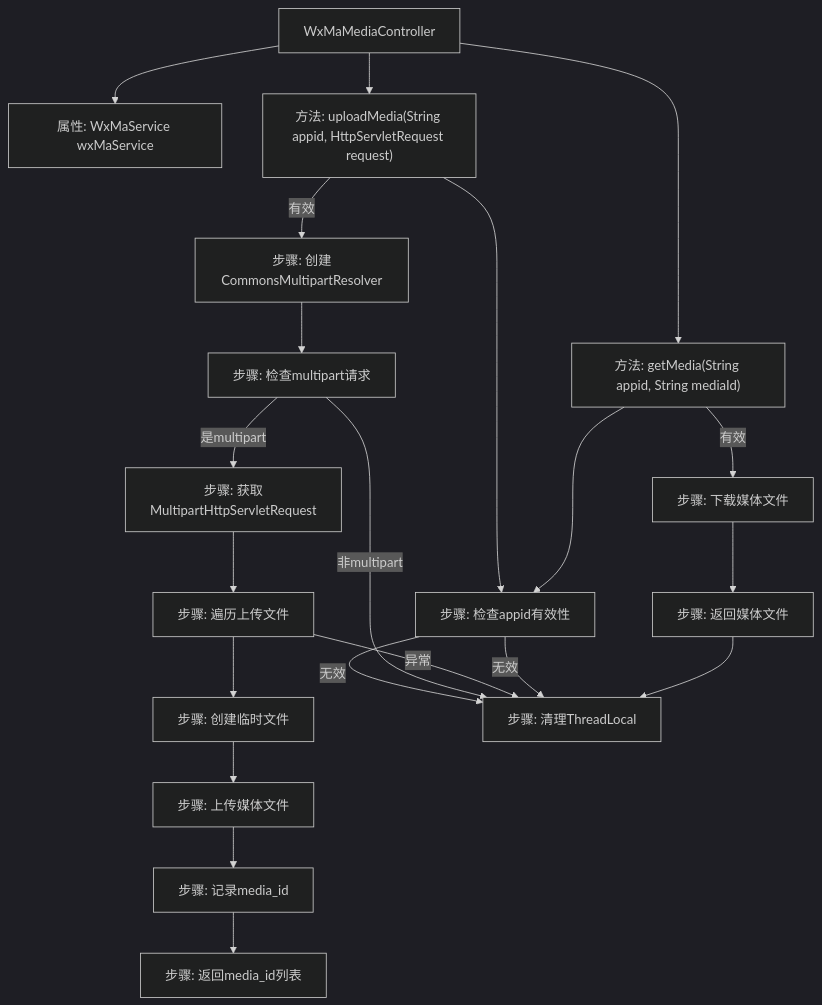
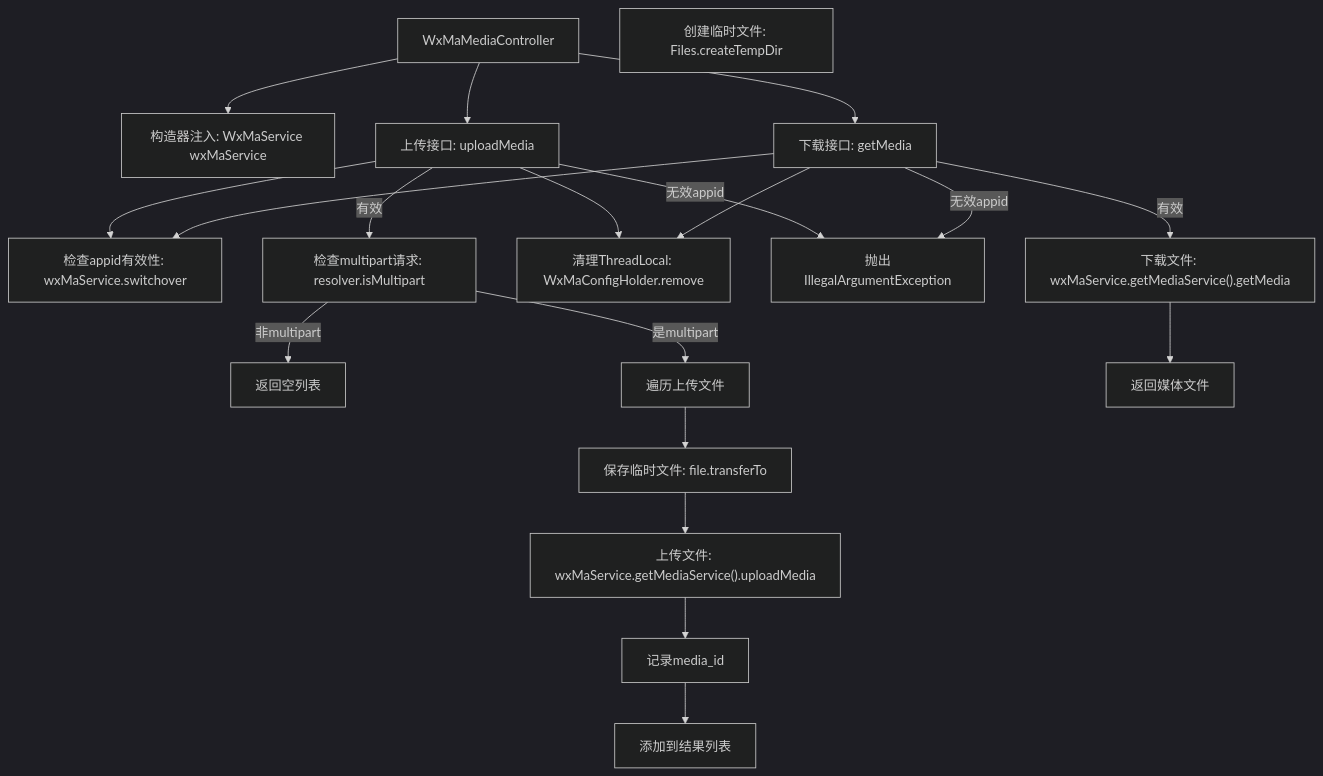
One commit to v-wjrong/rongwj666_weixin-java-miniapp-demo changed the second of 3 diagrams in docs/zh/docs/src/main/java/com/github/binarywang/demo/wx/miniapp/controller/WxMaMediaController.md. Above: the diagram before and after it, drawn with Mermaid (dark theme). The commit also changed other lines of this file and 46 other files, not shown here.

````diff
--- a/docs/zh/docs/src/main/java/com/github/binarywang/demo/wx/miniapp/controller/WxMaMediaController.md
+++ b/docs/zh/docs/src/main/java/com/github/binarywang/demo/wx/miniapp/controller/WxMaMediaController.md
@@ -82,29 +81,30 @@
 ```mermaid
 graph TD
     A["WxMaMediaController"]
-    B["属性: WxMaService wxMaService"]
-    C["方法: uploadMedia(String appid, HttpServletRequest request)"]
-    D["方法: getMedia(String appid, String mediaId)"]
-    E["步骤: 检查appid有效性"]
-    F["步骤: 创建CommonsMultipartResolver"]
-    G["步骤: 检查multipart请求"]
-    H["步骤: 获取MultipartHttpServletRequest"]
-    I["步骤: 遍历上传文件"]
-    J["步骤: 创建临时文件"]
-    K["步骤: 上传媒体文件"]
-    L["步骤: 记录media_id"]
-    M["步骤: 清理ThreadLocal"]
-    N["步骤: 返回media_id列表"]
-    O["步骤: 下载媒体文件"]
-    P["步骤: 返回媒体文件"]
+    B["构造器注入: WxMaService wxMaService"]
+    C["上传接口: uploadMedia"]
+    D["下载接口: getMedia"]
+    E["检查appid有效性: wxMaService.switchover"]
+    F["创建临时文件: Files.createTempDir"]
+    G["上传文件: wxMaService.getMediaService().uploadMedia"]
+    H["下载文件: wxMaService.getMediaService().getMedia"]
+    I["清理ThreadLocal: WxMaConfigHolder.remove"]
 
     A --> B
     A --> C
     A --> D
-    C --> E -->|无效| M
-    C -->|有效| F --> G -->|非multipart| M
-    G -->|是multipart| H --> I --> J --> K --> L --> N
-    I -->|异常| M
-    D --> E -->|无效| M
-    D -->|有效| O --> P --> M
+    C --> E
+    C -->|无效appid| J["抛出IllegalArgumentException"]
+    C -->|有效| K["检查multipart请求: resolver.isMultipart"]
+    K -->|非multipart| L["返回空列表"]
+    K -->|是multipart| M["遍历上传文件"]
+    M --> N["保存临时文件: file.transferTo"]
+    N --> G
+    G --> O["记录media_id"]
+    O --> P["添加到结果列表"]
+    D --> E
+    D -->|无效appid| J
+    D -->|有效| H
+    H --> Q["返回媒体文件"]
+    C & D --> I
 ```
````
